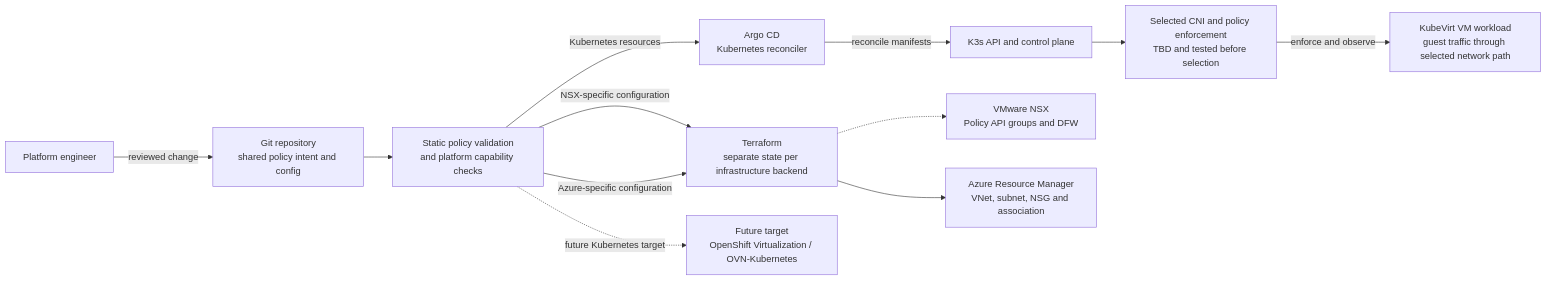
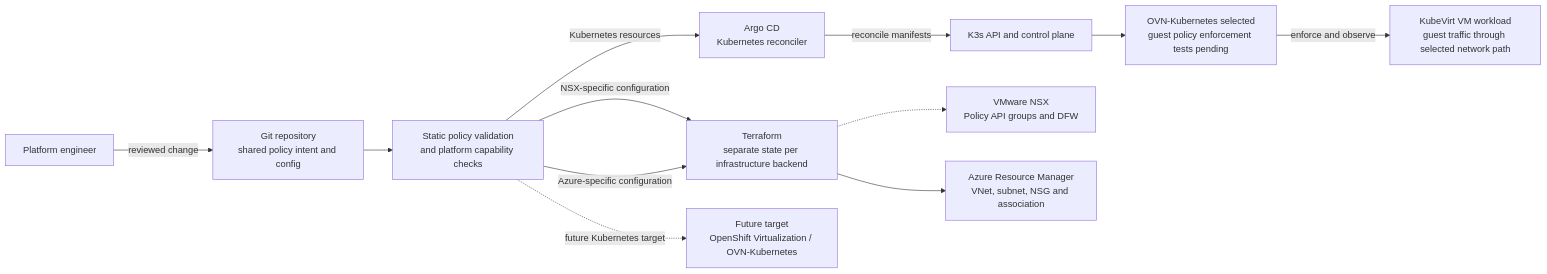
The diagram in doco/ARCHITECTURE.md (mckeepa/microsegmentation-IaC), drawn with Mermaid before and after one commit. The commit also changed other lines of this file and 77 other files, not shown here.

````diff
--- a/doco/ARCHITECTURE.md
+++ b/doco/ARCHITECTURE.md
@@ -11,26 +11,26 @@
 ```mermaid
 flowchart LR
     Engineer[Platform engineer]
     Git[Git repository<br/>shared policy intent and config]
     Validator[Static policy validation<br/>and platform capability checks]
     Argo[Argo CD<br/>Kubernetes reconciler]
     K3s[K3s API and control plane]
-    CNI[Selected CNI and policy enforcement<br/>TBD and tested before selection]
+    CNI[OVN-Kubernetes selected<br/>guest policy enforcement tests pending]
     VMI[KubeVirt VM workload<br/>guest traffic through selected network path]
     Terraform[Terraform<br/>separate state per infrastructure backend]
     NSX[VMware NSX<br/>Policy API groups and DFW]
     Azure[Azure Resource Manager<br/>VNet, subnet, NSG and association]
     OCP[Future target<br/>OpenShift Virtualization / OVN-Kubernetes]
 
     Engineer -->|reviewed change| Git
     Git --> Validator
     Validator -->|Kubernetes resources| Argo
     Argo -->|reconcile manifests| K3s
     K3s --> CNI
     CNI -->|enforce and observe| VMI
     Validator -->|NSX-specific configuration| Terraform
     Validator -->|Azure-specific configuration| Terraform
     Terraform -.-> NSX
     Terraform --> Azure
     Validator -.->|future Kubernetes target| OCP
 ```
````
